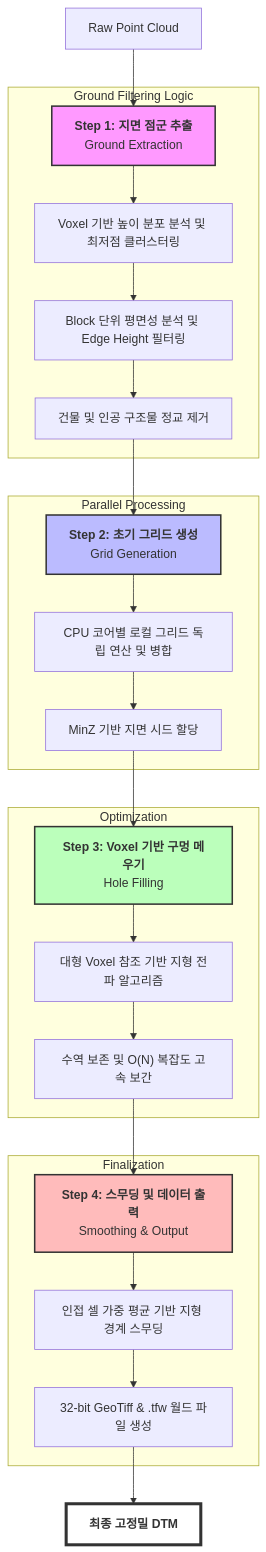
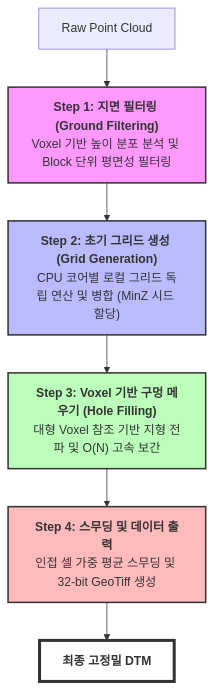
The diagram in _projects/indonesia_gis.md (jinwoo-Sync/jinwoo-Sync.github.io), drawn with Mermaid before and after one commit. The commit also changed other lines of this file, not shown here.

Commit message:
mermaid수정

````diff
--- a/_projects/indonesia_gis.md
+++ b/_projects/indonesia_gis.md
@@ -53,39 +50,14 @@
 ```mermaid
 graph TD
-    Raw["Raw Point Cloud"] --> Step1["<b>Step 1: 지면 점군 추출</b><br/>Ground Extraction"]
-    
-    subgraph Filtering ["Ground Filtering Logic"]
-    Step1 --> Voxel["Voxel 기반 높이 분포 분석 및 최저점 클러스터링"]
-    Voxel --> Block["Block 단위 평면성 분석 및 Edge Height 필터링"]
-    Block --> Remove["건물 및 인공 구조물 정교 제거"]
-    end
-    
-    Remove --> Step2["<b>Step 2: 초기 그리드 생성</b><br/>Grid Generation"]
-    
-    subgraph Grid ["Parallel Processing"]
-    Step2 --> Parallel["CPU 코어별 로컬 그리드 독립 연산 및 병합"]
-    Parallel --> MinZ["MinZ 기반 지면 시드 할당"]
-    end
-    
-    MinZ --> Step3["<b>Step 3: Voxel 기반 구멍 메우기</b><br/>Hole Filling"]
-    
-    subgraph Interpolation ["Optimization"]
-    Step3 --> Prop["대형 Voxel 참조 기반 지형 전파 알고리즘"]
-    Prop --> Water["수역 보존 및 O(N) 복잡도 고속 보간"]
-    end
-    
-    Water --> Step4["<b>Step 4: 스무딩 및 데이터 출력</b><br/>Smoothing & Output"]
-    
-    subgraph Output ["Finalization"]
-    Step4 --> Smooth["인접 셀 가중 평균 기반 지형 경계 스무딩"]
-    Smooth --> Save["32-bit GeoTiff & .tfw 월드 파일 생성"]
-    end
-    
-    Save --> FinalDTM["<b>최종 고정밀 DTM</b>"]
+    Raw["Raw Point Cloud"] --> Step1["<b>Step 1: 지면 필터링 (Ground Filtering)</b><br/>Voxel 기반 높이 분포 분석 및 Block 단위 평면성 필터링"]
+    Step1 --> Step2["<b>Step 2: 초기 그리드 생성 (Grid Generation)</b><br/>CPU 코어별 로컬 그리드 독립 연산 및 병합 (MinZ 시드 할당)"]
+    Step2 --> Step3["<b>Step 3: Voxel 기반 구멍 메우기 (Hole Filling)</b><br/>대형 Voxel 참조 기반 지형 전파 및 O(N) 고속 보간"]
+    Step3 --> Step4["<b>Step 4: 스무딩 및 데이터 출력</b><br/>인접 셀 가중 평균 스무딩 및 32-bit GeoTiff 생성"]
+    Step4 --> FinalDTM["<b>최종 고정밀 DTM</b>"]
     
     style Step1 fill:#f9f,stroke:#333,stroke-width:2px
     style Step2 fill:#bbf,stroke:#333,stroke-width:2px
     style Step3 fill:#bfb,stroke:#333,stroke-width:2px
     style Step4 fill:#fbb,stroke:#333,stroke-width:2px
     style FinalDTM fill:#fff,stroke:#333,stroke-width:4px
 ```
````
